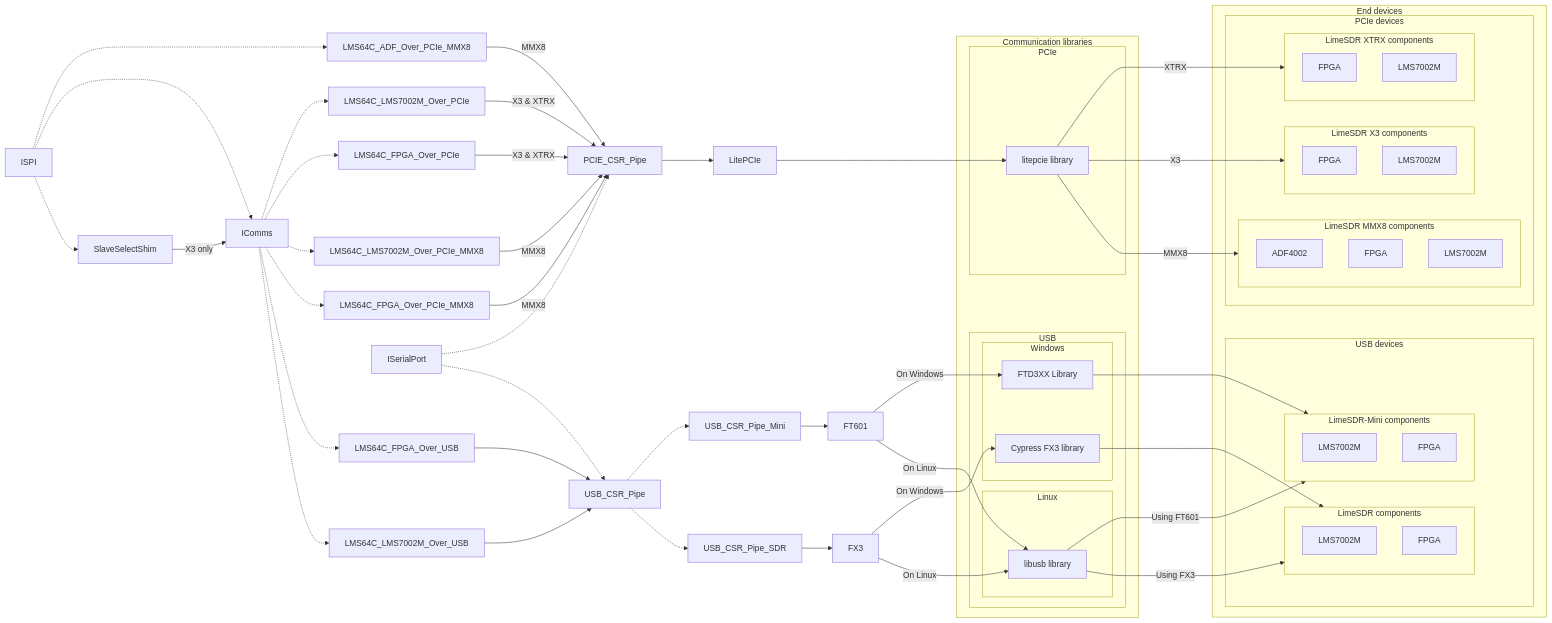
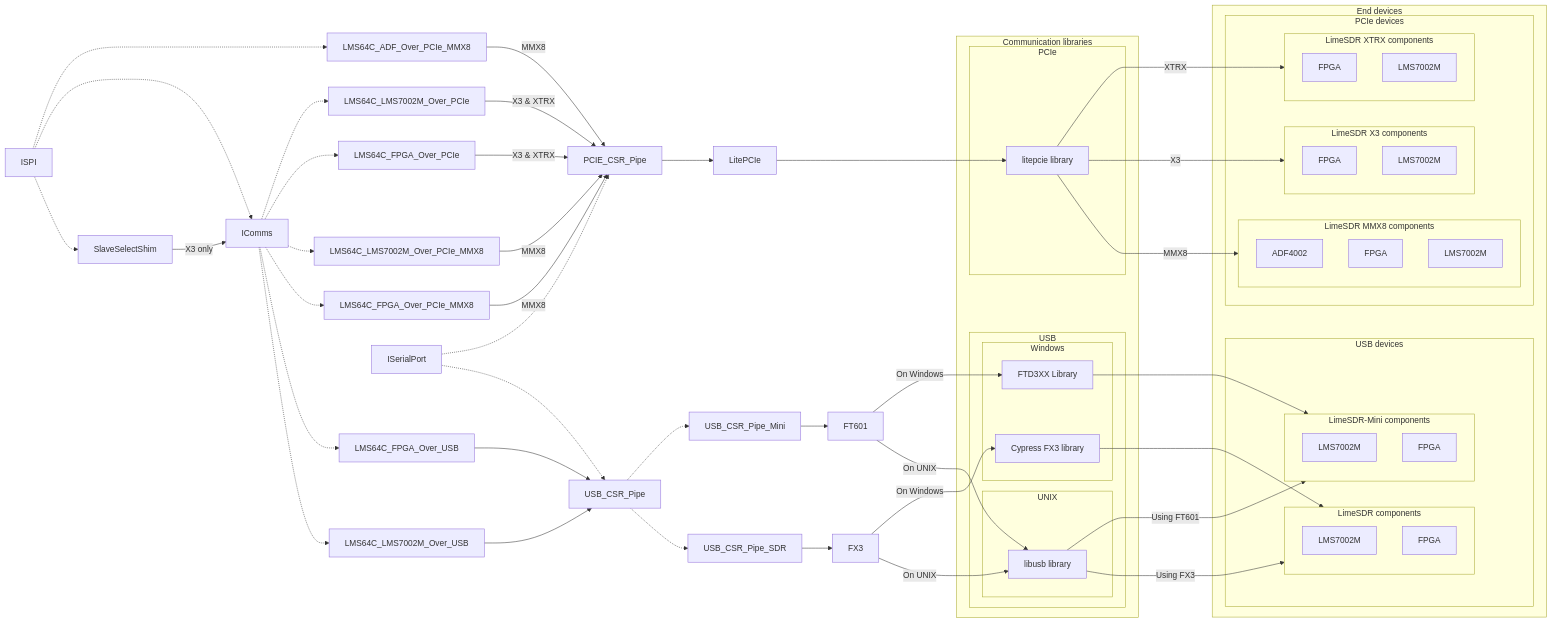
Before and after one commit to myriadrf/LimeSuiteNG: the diagram in docs/development/diagrams/comms.mmd, drawn with Mermaid. The commit also changed 1 other file, not shown here.

Commit message:
Update the other two diagrams as well

```diff
--- a/docs/development/diagrams/comms.mmd
+++ b/docs/development/diagrams/comms.mmd
@@ -1,74 +1,74 @@
 flowchart LR
     subgraph End devices
         subgraph USB devices
             subgraph SDR["LimeSDR components"]
                 LMS7002M_SDR[LMS7002M]
                 FPGA_SDR[FPGA]
             end
             subgraph SDRMini["LimeSDR-Mini components"]
                 LMS7002M_Mini[LMS7002M]
                 FPGA_Mini[FPGA]
             end
         end
         subgraph PCIe devices
             subgraph X3[LimeSDR X3 components]
                 FPGA_X3[FPGA]
                 LMS7002M_X3["LMS7002M"]
             end
             subgraph XTRX[LimeSDR XTRX components]
                 FPGA_XTRX["FPGA"]
                 LMS7002M_XTRX["LMS7002M"]
             end
             subgraph MMX8[LimeSDR MMX8 components]
                 ADF4002_MMX8["ADF4002"]
                 FPGA_MMX8["FPGA"]
                 LMS7002M_MMX8["LMS7002M"]
             end
         end
     end
 
     subgraph Communication libraries
         subgraph USB
-            subgraph Linux
+            subgraph UNIX
                 libusb["libusb library"]
             end
             subgraph Windows
                 Cypress["Cypress FX3 library"]
                 FTD3XX["FTD3XX Library"]
             end
         end
         subgraph PCIe
             litepcie["litepcie library"]
         end
     end
 
     %% PCIe
     ISPI-.->LMS64C_ADF_Over_PCIe_MMX8 & IComms & SlaveSelectShim
     IComms-.->LMS64C_LMS7002M_Over_PCIe & LMS64C_FPGA_Over_PCIe & LMS64C_LMS7002M_Over_PCIe_MMX8 & LMS64C_FPGA_Over_PCIe_MMX8
 
     SlaveSelectShim-->|X3 only|IComms
 
     LMS64C_LMS7002M_Over_PCIe & LMS64C_FPGA_Over_PCIe-->|X3 & XTRX|PCIE_CSR_Pipe
     LMS64C_LMS7002M_Over_PCIe_MMX8 & LMS64C_ADF_Over_PCIe_MMX8 & LMS64C_FPGA_Over_PCIe_MMX8-->|MMX8|PCIE_CSR_Pipe
 
     ISerialPort-.->PCIE_CSR_Pipe
     PCIE_CSR_Pipe-->LitePCIe-->litepcie
 
     litepcie-->|XTRX|XTRX
     litepcie-->|X3|X3
     litepcie-->|MMX8|MMX8
 
     %% USB
     IComms-.->LMS64C_FPGA_Over_USB & LMS64C_LMS7002M_Over_USB-->USB_CSR_Pipe
     ISerialPort-.->USB_CSR_Pipe
 
     USB_CSR_Pipe-.->USB_CSR_Pipe_Mini & USB_CSR_Pipe_SDR
     USB_CSR_Pipe_SDR-->FX3
     USB_CSR_Pipe_Mini-->FT601
 
     FX3-->|On Windows|Cypress-->SDR
     FT601-->|On Windows|FTD3XX-->SDRMini
-    FX3 & FT601-->|On Linux|libusb
+    FX3 & FT601-->|On UNIX|libusb
 
     libusb-->|Using FT601|SDRMini 
     libusb-->|Using FX3|SDR
```
